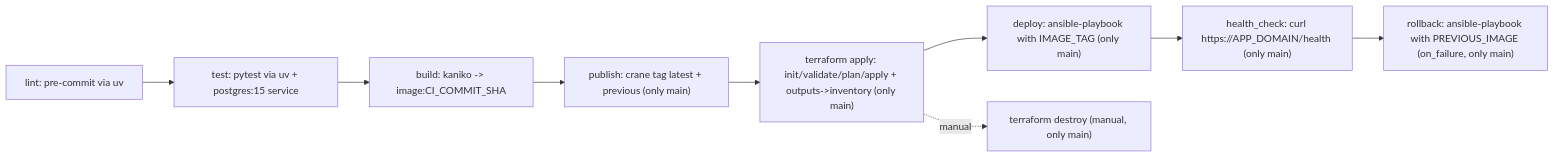
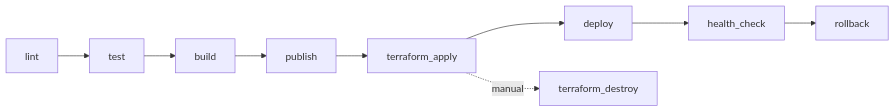
The diagram in README.md (AlexeyKuzko/devops_diploma), drawn with Mermaid before and after one commit.

Commit message:
fix mermaaid

````diff
--- a/README.md
+++ b/README.md
@@ -44,11 +44,11 @@
 ```mermaid
 flowchart LR
-  A["lint: pre-commit via uv"] --> B["test: pytest via uv + postgres:15 service"]
-  B --> C["build: kaniko -> image:CI_COMMIT_SHA"]
-  C --> D["publish: crane tag latest + previous (only main)"]
-  D --> E["terraform apply: init/validate/plan/apply + outputs->inventory (only main)"]
-  E --> F["deploy: ansible-playbook with IMAGE_TAG (only main)"]
-  F --> G["health_check: curl https://APP_DOMAIN/health (only main)"]
-  G --> H["rollback: ansible-playbook with PREVIOUS_IMAGE (on_failure, only main)"]
-  E -. manual .-> X["terraform destroy (manual, only main)"]
+  A["lint"] --> B["test"]
+  B --> C["build"]
+  C --> D["publish"]
+  D --> E["terraform_apply"]
+  E --> F["deploy"]
+  F --> G["health_check"]
+  G --> H["rollback"]
+  E -. manual .-> X["terraform_destroy"]
 ```
````
